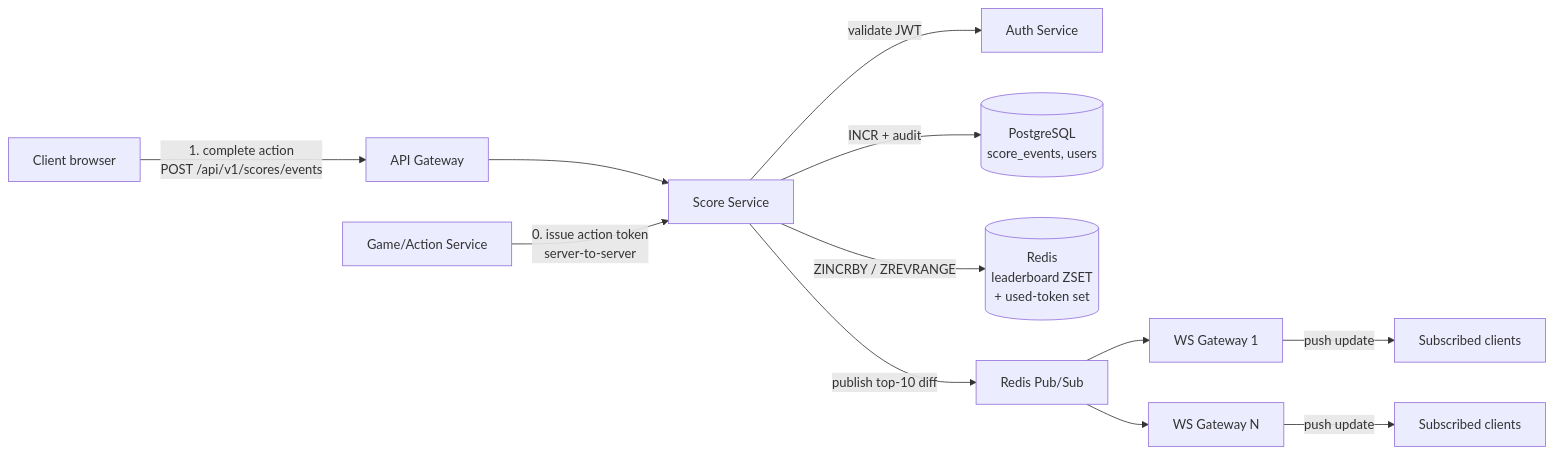
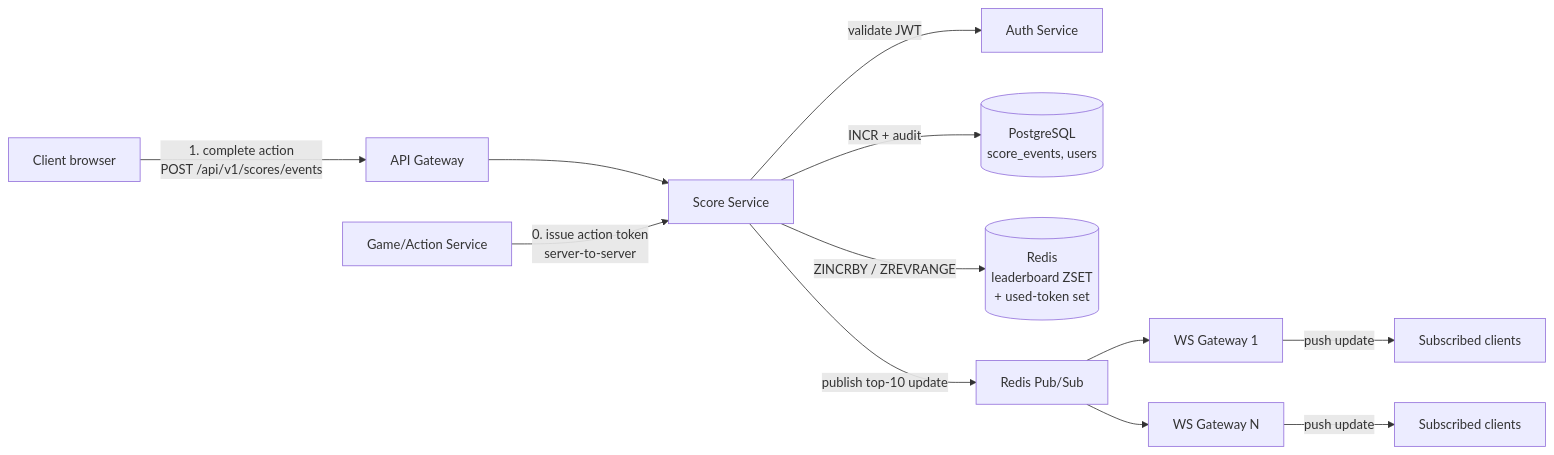
One commit to hatontuyen/99tech-code-challenge-be changed the first of 2 diagrams in problem-6/README.md. Above: the diagram before and after it, drawn with Mermaid. The commit also changed other lines of this file, not shown here.

````diff
--- a/problem-6/README.md
+++ b/problem-6/README.md
@@ -45,14 +45,14 @@
 ```mermaid
 flowchart LR
     C[Client browser] -- 1. complete action\nPOST /api/v1/scores/events --> A[API Gateway]
     A --> S[Score Service]
     G[Game/Action Service] -- 0. issue action token\n server-to-server --> S
     S -- validate JWT --> AU[Auth Service]
     S -- INCR + audit --> P[(PostgreSQL\nscore_events, users)]
     S -- ZINCRBY / ZREVRANGE --> R[(Redis\nleaderboard ZSET\n+ used-token set)]
-    S -- publish top-10 diff --> PS[Redis Pub/Sub]
+    S -- publish top-10 update --> PS[Redis Pub/Sub]
     PS --> W1[WS Gateway 1]
     PS --> W2[WS Gateway N]
     W1 -- push update --> C2[Subscribed clients]
     W2 -- push update --> C3[Subscribed clients]
 ```
````
